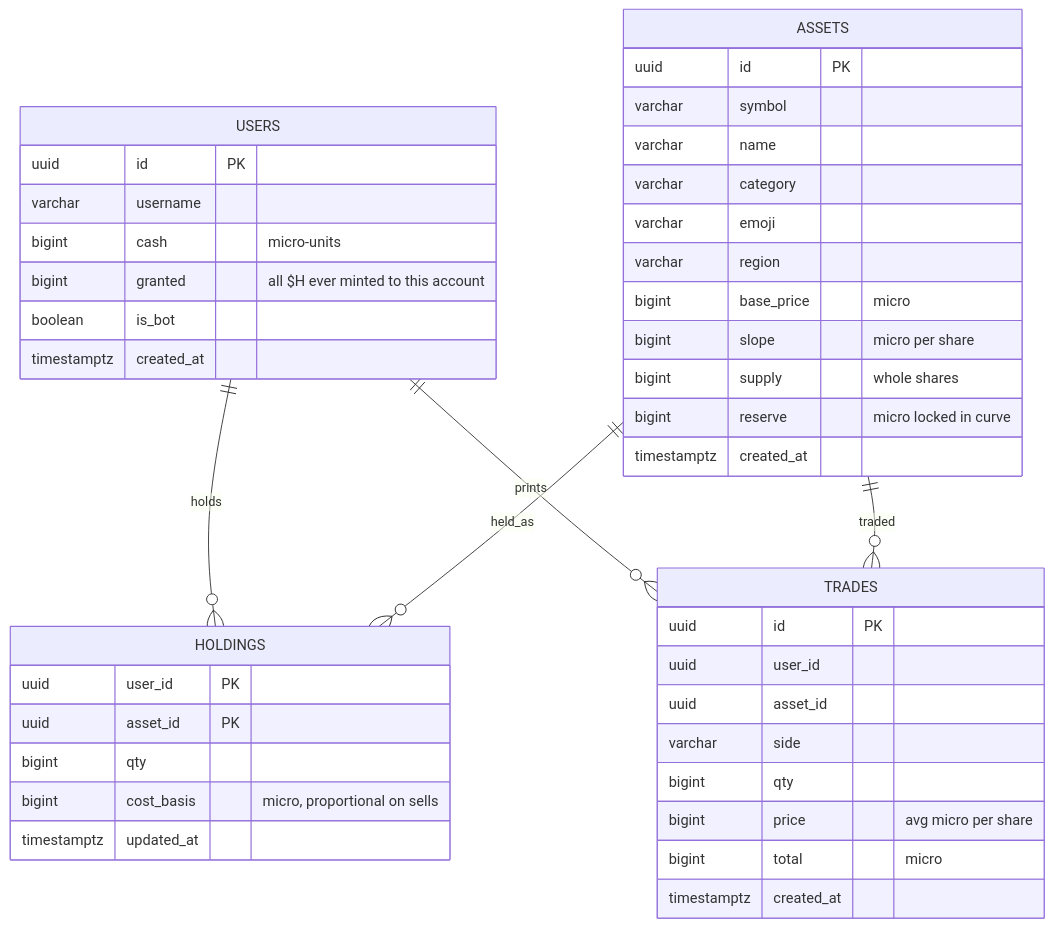
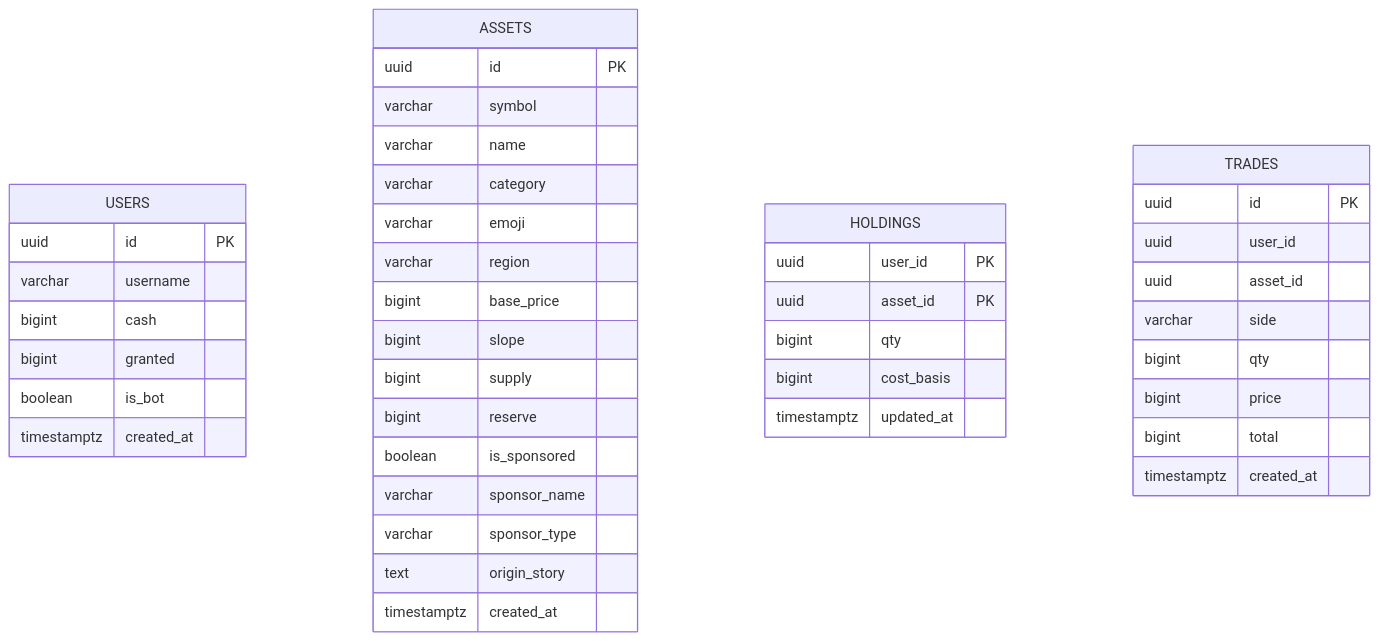
Before and after one commit to jpablortiz96/HYPE: the third of 3 diagrams in docs/architecture.md, drawn with Mermaid. The commit also changed other lines of this file and 13 other files, not shown here.

````diff
--- a/docs/architecture.md
+++ b/docs/architecture.md
@@ -70,45 +134,45 @@
 ```mermaid
 erDiagram
   USERS {
     uuid id PK
     varchar username
-    bigint cash "micro-units"
-    bigint granted "all $H ever minted to this account"
+    bigint cash
+    bigint granted
     boolean is_bot
     timestamptz created_at
   }
   ASSETS {
     uuid id PK
     varchar symbol
     varchar name
     varchar category
     varchar emoji
     varchar region
-    bigint base_price "micro"
-    bigint slope "micro per share"
-    bigint supply "whole shares"
-    bigint reserve "micro locked in curve"
+    bigint base_price
+    bigint slope
+    bigint supply
+    bigint reserve
+    boolean is_sponsored
+    varchar sponsor_name
+    varchar sponsor_type
+    text origin_story
     timestamptz created_at
   }
   HOLDINGS {
     uuid user_id PK
     uuid asset_id PK
     bigint qty
-    bigint cost_basis "micro, proportional on sells"
+    bigint cost_basis
     timestamptz updated_at
   }
   TRADES {
     uuid id PK
     uuid user_id
     uuid asset_id
     varchar side
     bigint qty
-    bigint price "avg micro per share"
-    bigint total "micro"
+    bigint price
+    bigint total
     timestamptz created_at
   }
-  USERS ||--o{ HOLDINGS : holds
-  ASSETS ||--o{ HOLDINGS : held_as
-  USERS ||--o{ TRADES : prints
-  ASSETS ||--o{ TRADES : traded
 ```
````
